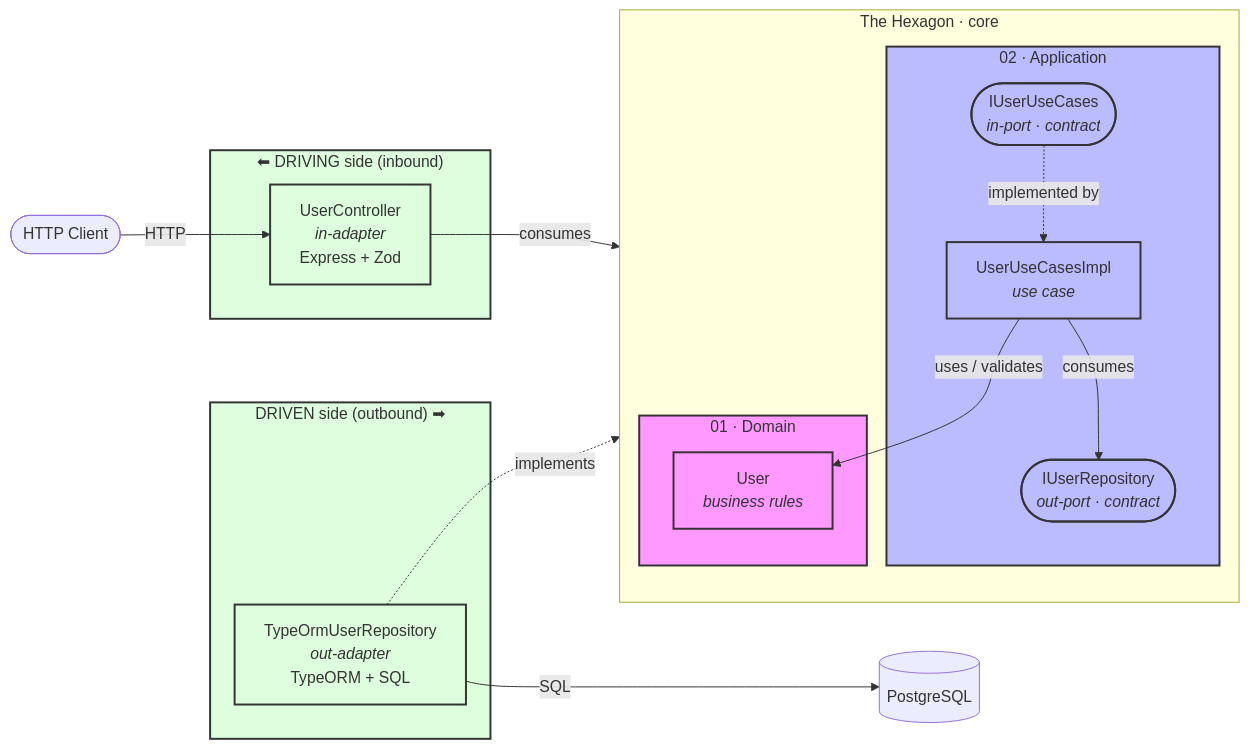
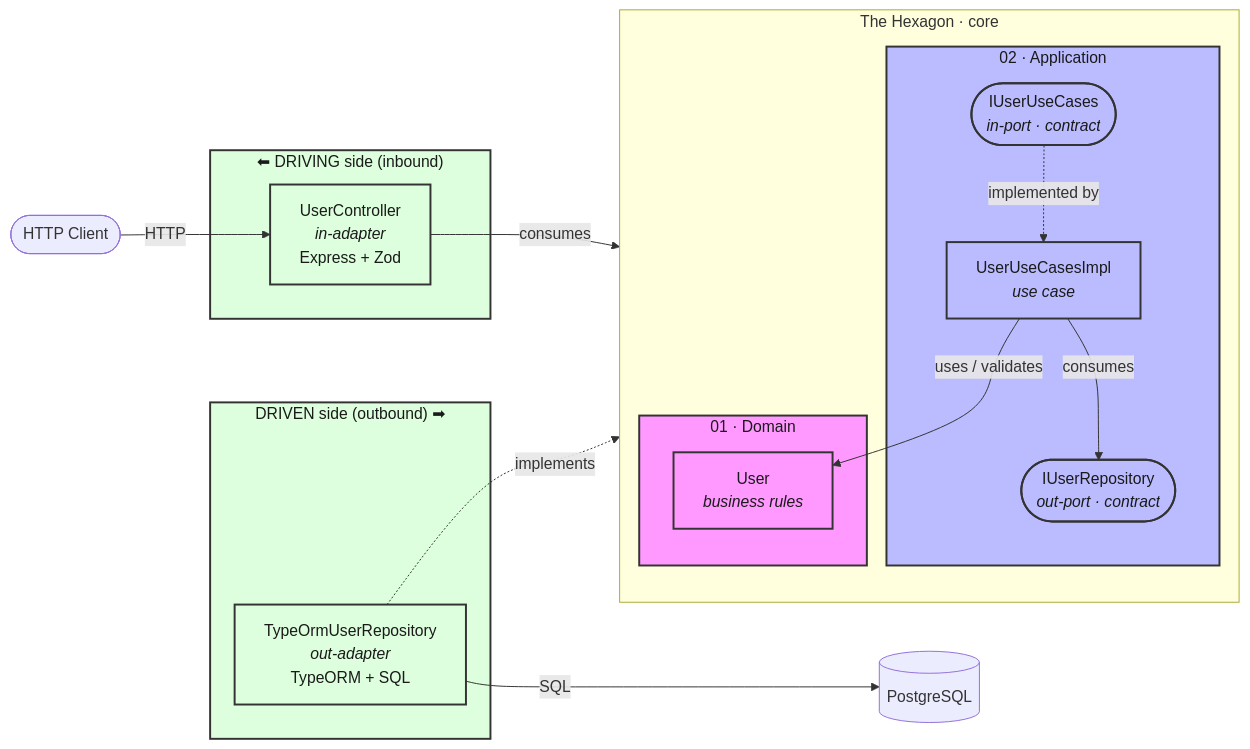
Before and after one commit to MNATorres/hexagonal-architecture-node-study: the first of 2 diagrams in ARCHITECTURE.md, drawn with Mermaid. The commit also changed other lines of this file, not shown here.

First line of the commit message:
docs: fix low-contrast diagram text in ARCHITECTURE.md

````diff
--- a/ARCHITECTURE.md
+++ b/ARCHITECTURE.md
@@ -18,40 +18,40 @@
 ```mermaid
 graph LR
     Client(["HTTP Client"])
     DB[("PostgreSQL")]
 
     subgraph DRIVING["⬅ DRIVING side (inbound)"]
         Controller["UserController<br/><i>in-adapter</i><br/>Express + Zod"]
     end
 
     subgraph CORE["The Hexagon · core"]
         direction TB
         subgraph APP["02 · Application"]
             InPort(["IUserUseCases<br/><i>in-port · contract</i>"])
             UseCase["UserUseCasesImpl<br/><i>use case</i>"]
             OutPort(["IUserRepository<br/><i>out-port · contract</i>"])
         end
         subgraph DOM["01 · Domain"]
             Entity["User<br/><i>business rules</i>"]
         end
     end
 
     subgraph DRIVEN["DRIVEN side (outbound) ➡"]
         Repo["TypeOrmUserRepository<br/><i>out-adapter</i><br/>TypeORM + SQL"]
     end
 
     Client -->|HTTP| Controller
     Controller -->|consumes| InPort
     InPort -.->|implemented by| UseCase
     UseCase -->|uses / validates| Entity
     UseCase -->|consumes| OutPort
     Repo -.->|implements| OutPort
     Repo -->|SQL| DB
 
-    classDef domain fill:#f9f,stroke:#333,stroke-width:2px;
-    classDef application fill:#bbf,stroke:#333,stroke-width:2px;
-    classDef infrastructure fill:#dfd,stroke:#333,stroke-width:2px;
+    classDef domain fill:#f9f,stroke:#333,stroke-width:2px,color:#1a1a1a;
+    classDef application fill:#bbf,stroke:#333,stroke-width:2px,color:#1a1a1a;
+    classDef infrastructure fill:#dfd,stroke:#333,stroke-width:2px,color:#1a1a1a;
     class DOM,Entity domain
     class APP,InPort,UseCase,OutPort application
     class DRIVING,DRIVEN,Controller,Repo infrastructure
 ```
````
